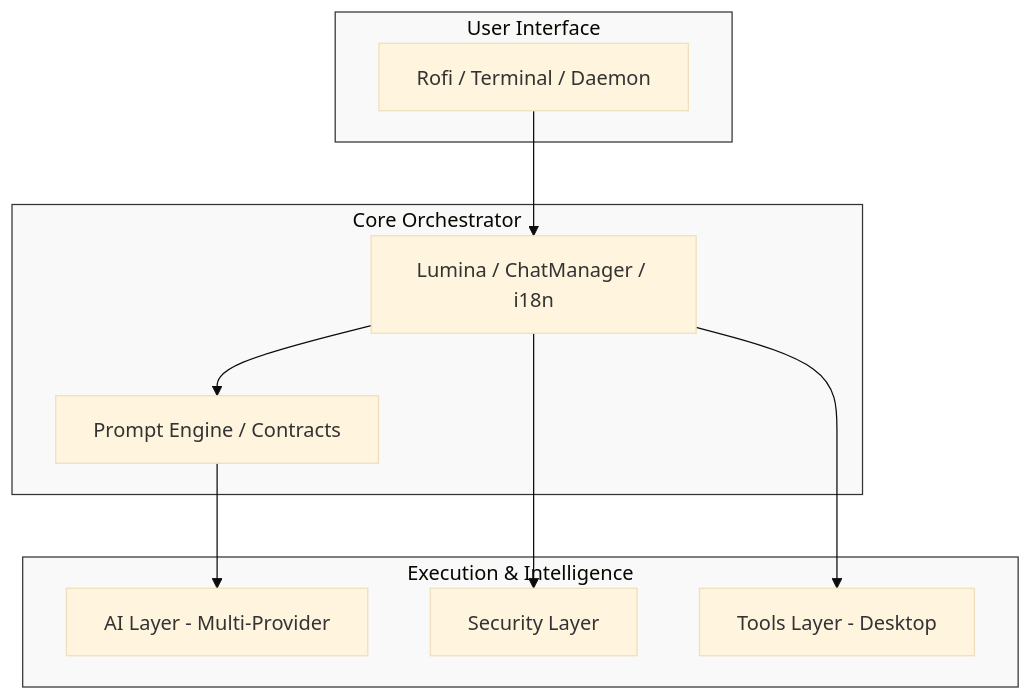
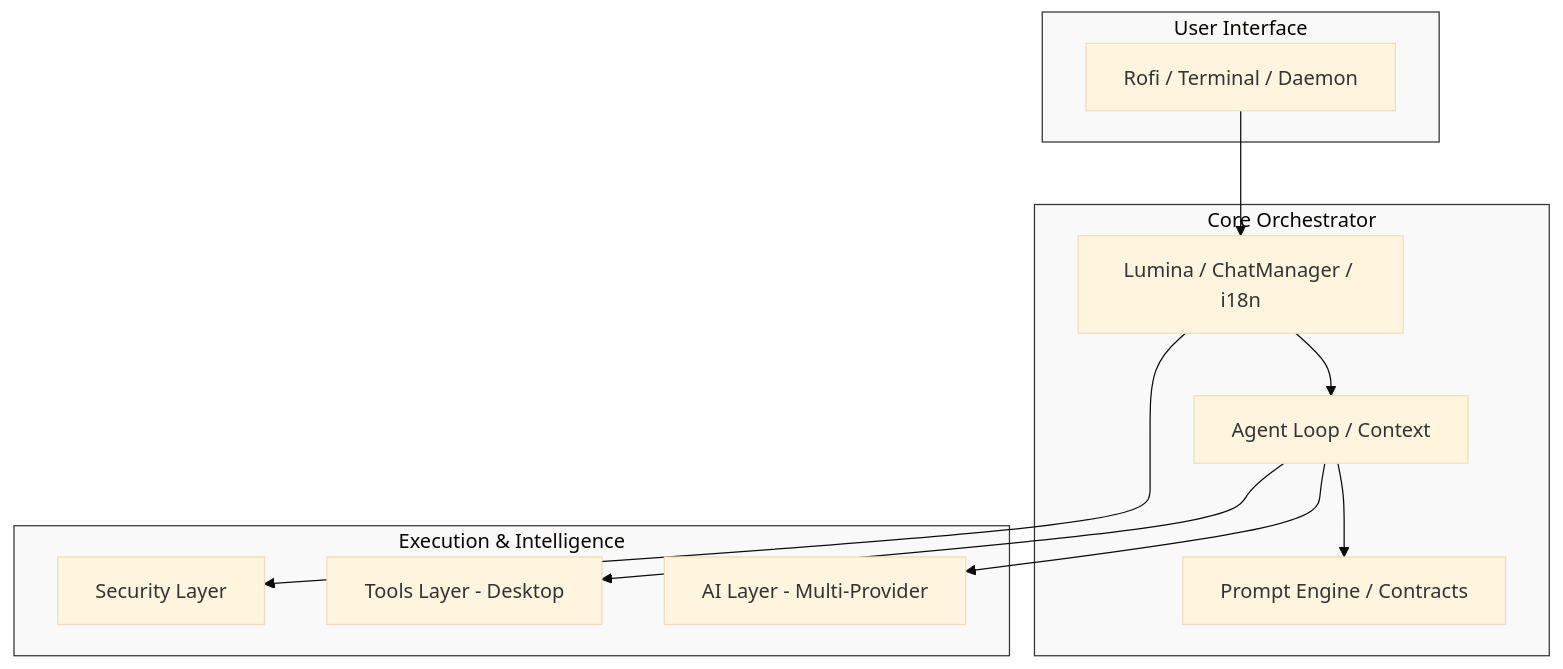
The first of 2 diagrams in docs/05-architecture.md (Rafacuy/desklumina), drawn with Mermaid (base theme) before and after one commit. The commit also changed other lines of this file and 47 other files, not shown here.

````diff
--- a/docs/05-architecture.md
+++ b/docs/05-architecture.md
@@ -26,27 +32,29 @@
 ```mermaid
 flowchart TD
     subgraph Frontend [User Interface]
         UI[Rofi / Terminal / Daemon]
     end
 
     subgraph Logic [Core Orchestrator]
         Core[Lumina / ChatManager / i18n]
+        Agent[Agent Loop / Context]
         Prompt[Prompt Engine / Contracts]
     end
 
     subgraph Backend [Execution & Intelligence]
         AI[AI Layer - Multi-Provider]
         Security[Security Layer]
         Tools[Tools Layer - Desktop]
     end
 
     UI --> Core
-    Core --> Prompt
-    Prompt --> AI
+    Core --> Agent
+    Agent --> Prompt
+    Agent --> AI
+    Agent --> Tools
     Core --> Security
-    Core --> Tools
 
     style Frontend fill:#f9f9f9,stroke:#333
     style Logic fill:#f9f9f9,stroke:#333
     style Backend fill:#f9f9f9,stroke:#333
 ```
````
